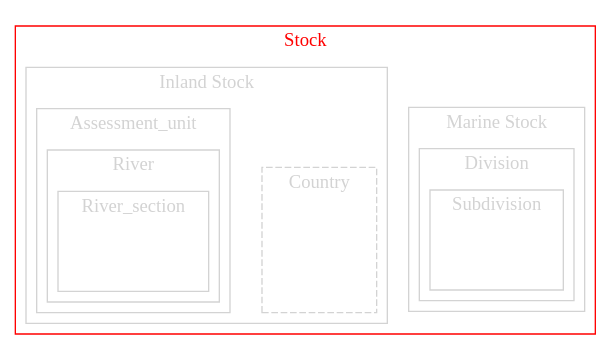
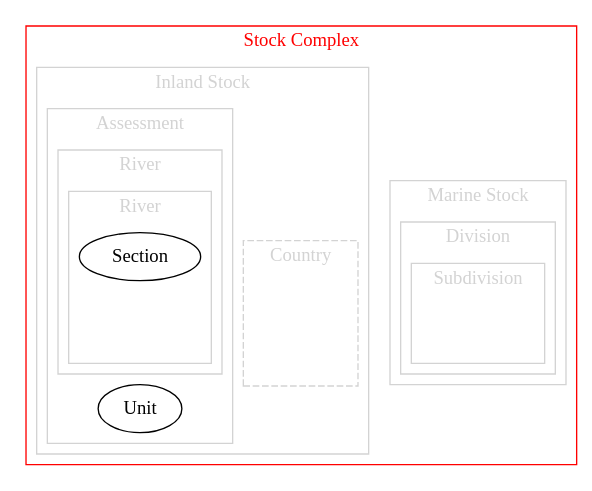
One commit to DIASPARAproject/WP3_habitat changed the first of 20 diagrams in R/generating_graphs.qmd. Above: the diagram before and after it, drawn with Graphviz. The commit also changed other lines of this file and 3 other files, not shown here.

````diff
--- a/R/generating_graphs.qmd
+++ b/R/generating_graphs.qmd
@@ -4,6 +4,6 @@
 ```{dot}
 //| label: fig-area_hierarchy_bast1
-//| eval: false
+//| eval: true
 //| echo: false
 //| include: false
 
@@ -14,7 +14,7 @@
     rankdir="LR";
 
     subgraph clusterZ {
-      label = Stock
+      label = "Stock Complex"
       style=full
       color=red
       fontcolor=red
@@ -28,21 +28,21 @@
         center=true
 
         subgraph clusterB {
-        label = Assessment_unit
+        label = Assessment Unit
         style=full
         color=lightgray
         fontcolor=lightgray
         center=true
 
           subgraph clusterC {
-          label = River
+          label = "River"
           style=full
           color=lightgray
           fontcolor=lightgray
           center=true
                 
             subgraph clusterD {
-            label = River_section
+            label = "River" Section
             style=full
             color=lightgray
             fontcolor=lightgray
````
